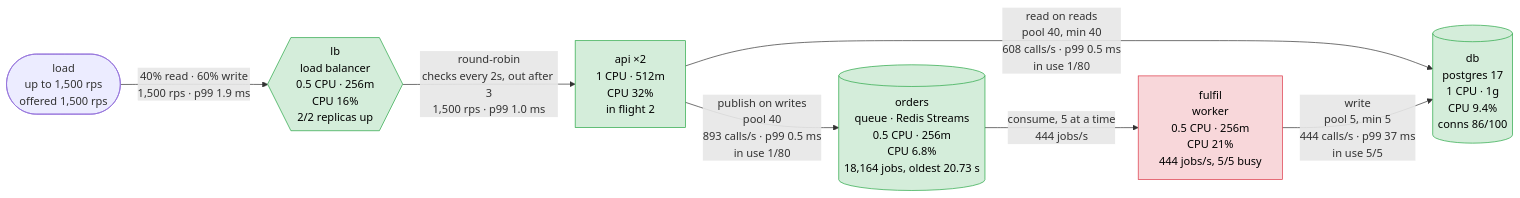
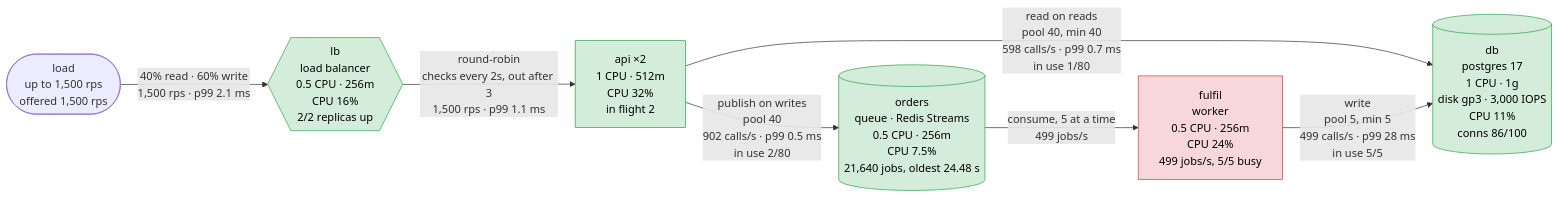
Before and after one commit to akinfemi/load-lore: the first of 5 diagrams in scenarios/flash-sale/solutions/queue-the-orders/report.md, drawn with Mermaid. The commit also changed other lines of this file and 125 other files, not shown here.

````diff
--- a/scenarios/flash-sale/solutions/queue-the-orders/report.md
+++ b/scenarios/flash-sale/solutions/queue-the-orders/report.md
@@ -15,20 +15,20 @@
 ```mermaid
 flowchart LR
     load(["load<br/>up to 1,500 rps<br/>offered 1,500 rps"])
     lb{{"lb<br/>load balancer<br/>0.5 CPU · 256m<br/>CPU 16%<br/>2/2 replicas up"}}
     api["api ×2<br/>1 CPU · 512m<br/>CPU 32%<br/>in flight 2"]
-    db[("db<br/>postgres 17<br/>1 CPU · 1g<br/>CPU 9.4%<br/>conns 86/100")]
-    orders[("orders<br/>queue · Redis Streams<br/>0.5 CPU · 256m<br/>CPU 6.8%<br/>18,164 jobs, oldest 20.73 s")]
-    fulfil["fulfil<br/>worker<br/>0.5 CPU · 256m<br/>CPU 21%<br/>444 jobs/s, 5/5 busy"]
-    load -->|"40% read · 60% write<br/>1,500 rps · p99 1.9 ms"| lb
-    lb -->|"round-robin<br/>checks every 2s, out after 3<br/>1,500 rps · p99 1.0 ms"| api
-    api -->|"read on reads<br/>pool 40, min 40<br/>608 calls/s · p99 0.5 ms<br/>in use 1/80"| db
-    api -->|"publish on writes<br/>pool 40<br/>893 calls/s · p99 0.5 ms<br/>in use 1/80"| orders
-    orders -->|"consume, 5 at a time<br/>444 jobs/s"| fulfil
-    fulfil -->|"write<br/>pool 5, min 5<br/>444 calls/s · p99 37 ms<br/>in use 5/5"| db
+    db[("db<br/>postgres 17<br/>1 CPU · 1g<br/>disk gp3 · 3,000 IOPS<br/>CPU 11%<br/>conns 86/100")]
+    orders[("orders<br/>queue · Redis Streams<br/>0.5 CPU · 256m<br/>CPU 7.5%<br/>21,640 jobs, oldest 24.48 s")]
+    fulfil["fulfil<br/>worker<br/>0.5 CPU · 256m<br/>CPU 24%<br/>499 jobs/s, 5/5 busy"]
+    load -->|"40% read · 60% write<br/>1,500 rps · p99 2.1 ms"| lb
+    lb -->|"round-robin<br/>checks every 2s, out after 3<br/>1,500 rps · p99 1.1 ms"| api
+    api -->|"read on reads<br/>pool 40, min 40<br/>598 calls/s · p99 0.7 ms<br/>in use 1/80"| db
+    api -->|"publish on writes<br/>pool 40<br/>902 calls/s · p99 0.5 ms<br/>in use 2/80"| orders
+    orders -->|"consume, 5 at a time<br/>499 jobs/s"| fulfil
+    fulfil -->|"write<br/>pool 5, min 5<br/>499 calls/s · p99 28 ms<br/>in use 5/5"| db
     classDef ok fill:#d4edda,stroke:#28a745,color:#000
     classDef warm fill:#fff3cd,stroke:#d39e00,color:#000
     classDef hot fill:#f8d7da,stroke:#dc3545,color:#000
     class lb,api,db,orders ok
     class fulfil hot
 ```
````
